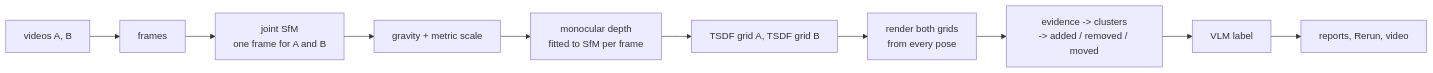
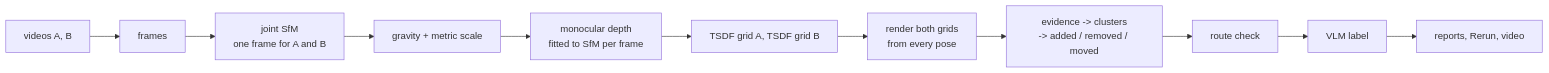
One commit to yatrik-15/Humanoid-Challenge changed the diagram in README.md. Above: the diagram before and after it, drawn with Mermaid. The commit also changed other lines of this file and 9 other files, not shown here.

First line of the commit message:
Add route check against the changed room

````diff
--- a/README.md
+++ b/README.md
@@ -60,8 +60,8 @@
 ```mermaid
 flowchart LR
   V[videos A, B] --> F[frames] --> S[joint SfM<br/>one frame for A and B]
   S --> AL[gravity + metric scale] --> D[monocular depth<br/>fitted to SfM per frame]
   D --> T[TSDF grid A, TSDF grid B]
   T --> R[render both grids<br/>from every pose]
-  R --> C[evidence -> clusters<br/>-> added / removed / moved] --> L[VLM label] --> O[reports, Rerun, video]
+  R --> C[evidence -> clusters<br/>-> added / removed / moved] --> N[route check] --> L[VLM label] --> O[reports, Rerun, video]
 ```
````
